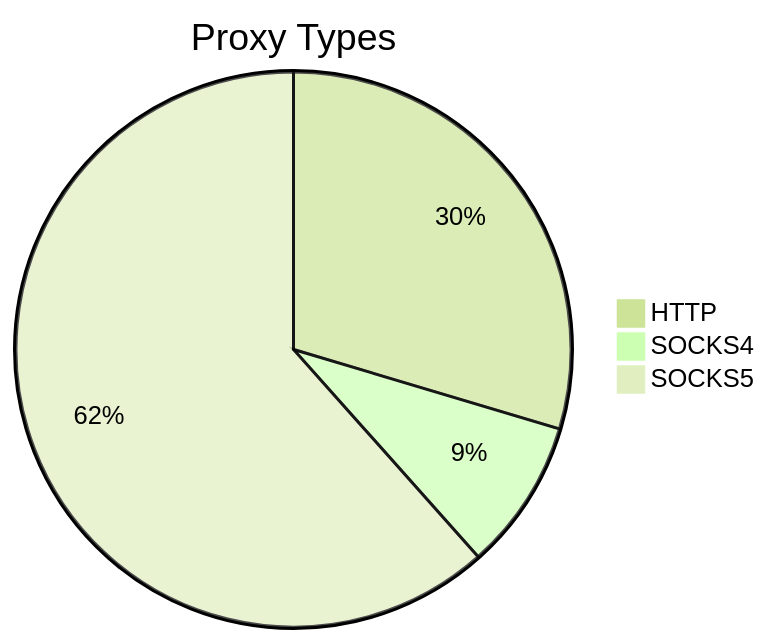
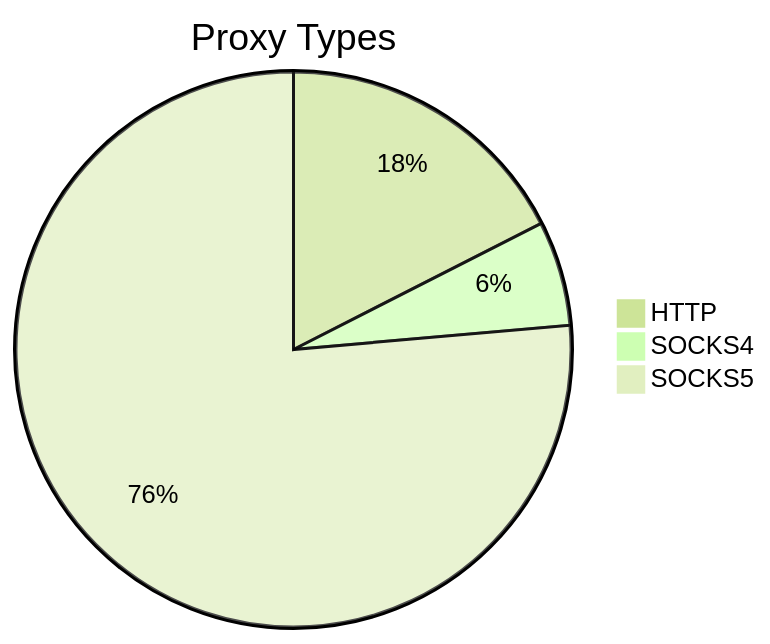
Before and after one commit to stormsia/proxy-list: the first of 2 diagrams in README.md, drawn with Mermaid (forest theme). The commit also changed other lines of this file, not shown here.

````diff
--- a/README.md
+++ b/README.md
@@ -21,6 +21,6 @@
 ```mermaid
 pie title Proxy Types
-    "HTTP" : 101
-    "SOCKS4" : 30
-    "SOCKS5" : 210
+    "HTTP" : 66
+    "SOCKS4" : 23
+    "SOCKS5" : 288
 ```
````
